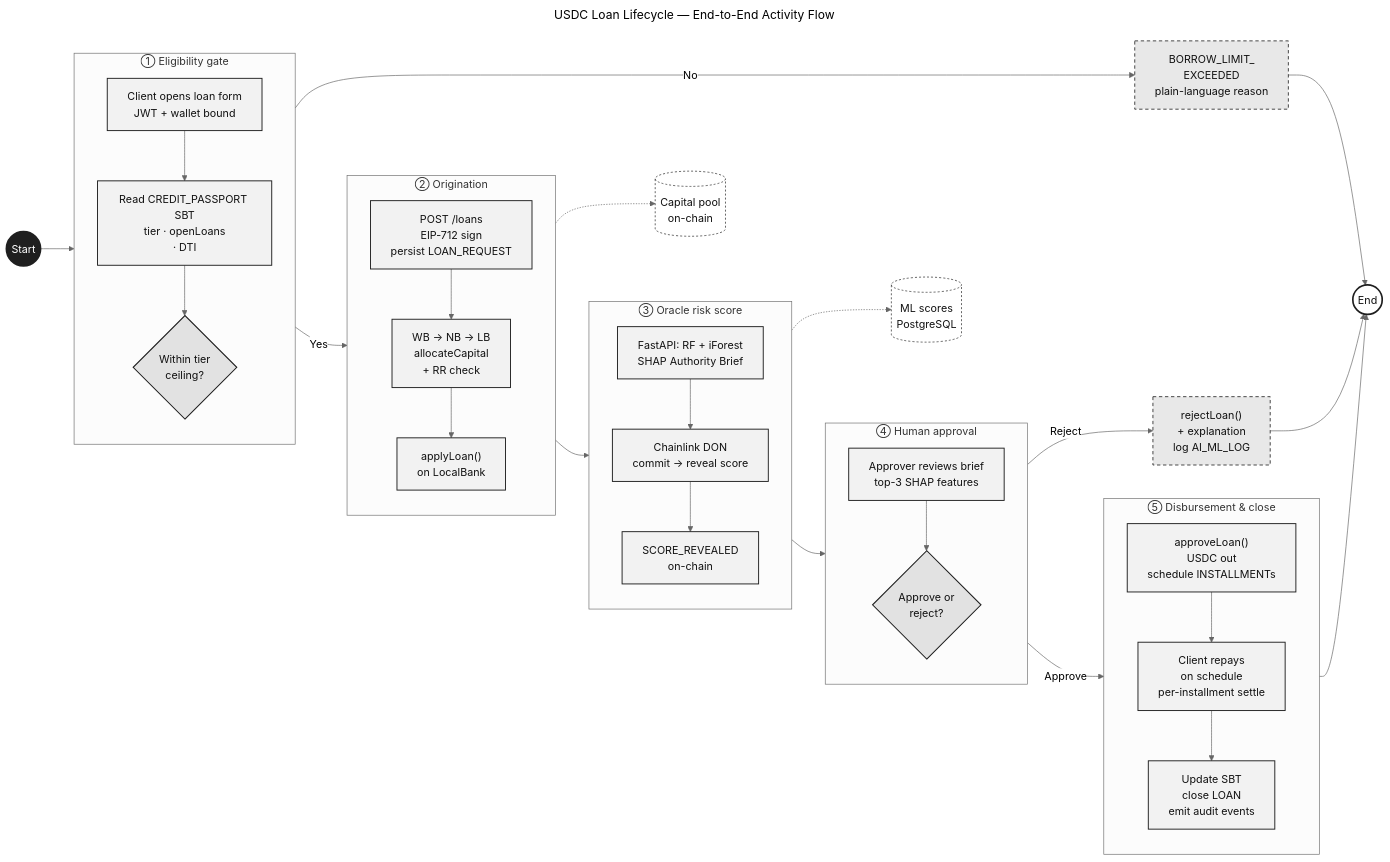
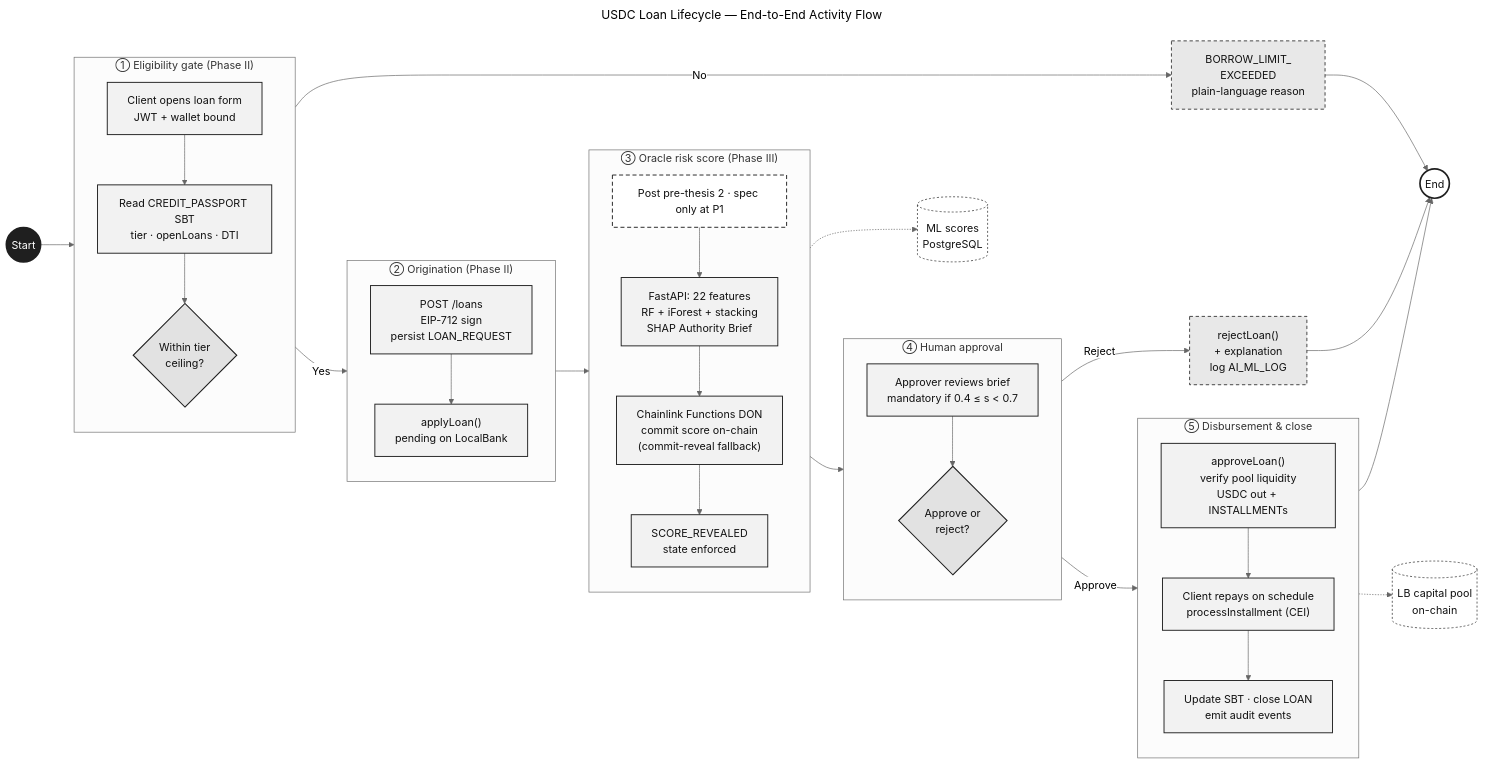
One commit to Yuvraajrahman/Cryto-World-Bank changed the diagram in Documentation/Diagrams/mermaid-src/improved diagrams/fig-activity-lending.mmd. Above: the diagram before and after it, drawn with Mermaid (neutral theme). The commit also changed 214 other files, not shown here.

Commit message:
diagram updated

```diff
--- a/Documentation/Diagrams/mermaid-src/improved diagrams/fig-activity-lending.mmd
+++ b/Documentation/Diagrams/mermaid-src/improved diagrams/fig-activity-lending.mmd
@@ -1,63 +1,64 @@
 ---
 title: USDC Loan Lifecycle — End-to-End Activity Flow
 ---
 flowchart LR
     classDef start  fill:#1F1F1F,color:#FFFFFF,stroke:#1F1F1F,stroke-width:2.5px
     classDef finish fill:#FFFFFF,color:#111111,stroke:#1F1F1F,stroke-width:2.5px
     classDef phase  fill:#FAFAFA,stroke:#1F1F1F,stroke-width:1.6px,color:#111111
     classDef act    fill:#F2F2F2,stroke:#1F1F1F,stroke-width:1.4px,color:#111111
     classDef dec    fill:#E2E2E2,stroke:#1F1F1F,stroke-width:1.6px,color:#111111
     classDef exit   fill:#E8E8E8,stroke:#1F1F1F,stroke-width:1.2px,color:#111111,stroke-dasharray:5 4
     classDef store  fill:#FFFFFF,stroke:#1F1F1F,stroke-width:1px,color:#111111,stroke-dasharray:3 3
+    classDef ph3    fill:#FFFFFF,stroke:#1F1F1F,stroke-width:1.4px,color:#111111,stroke-dasharray:6 4
 
     S(("Start")):::start
 
-    subgraph P1[" ① Eligibility gate "]
+    subgraph P1[" ① Eligibility gate (Phase II) "]
         direction TB
         P1A["Client opens loan form<br/>JWT + wallet bound"]:::act
-        P1B["Read CREDIT_PASSPORT SBT<br/>tier · openLoans<br/>· DTI"]:::act
+        P1B["Read CREDIT_PASSPORT SBT<br/>tier · openLoans · DTI"]:::act
         P1C{Within tier<br/>ceiling?}:::dec
         P1A --> P1B --> P1C
     end
 
-    subgraph P2[" ② Origination "]
+    subgraph P2[" ② Origination (Phase II) "]
         direction TB
         P2A["POST /loans<br/>EIP-712 sign<br/>persist LOAN_REQUEST"]:::act
-        P2B["WB → NB → LB<br/>allocateCapital<br/>+ RR check"]:::act
-        P2C["applyLoan()<br/>on LocalBank"]:::act
-        P2A --> P2B --> P2C
+        P2B["applyLoan()<br/>pending on LocalBank"]:::act
+        P2A --> P2B
     end
 
-    subgraph P3[" ③ Oracle risk score "]
+    subgraph P3[" ③ Oracle risk score (Phase III) "]
         direction TB
-        P3A["FastAPI: RF + iForest<br/>SHAP Authority Brief"]:::act
-        P3B["Chainlink DON<br/>commit → reveal score"]:::act
-        P3C["SCORE_REVEALED<br/>on-chain"]:::act
-        P3A --> P3B --> P3C
+        P3N["Post pre-thesis 2 · spec only at P1"]:::ph3
+        P3A["FastAPI: 22 features<br/>RF + iForest + stacking<br/>SHAP Authority Brief"]:::act
+        P3B["Chainlink Functions DON<br/>commit score on-chain<br/>(commit-reveal fallback)"]:::act
+        P3C["SCORE_REVEALED<br/>state enforced"]:::act
+        P3N --> P3A --> P3B --> P3C
     end
 
     subgraph P4[" ④ Human approval "]
         direction TB
-        P4A["Approver reviews brief<br/>top-3 SHAP features"]:::act
+        P4A["Approver reviews brief<br/>mandatory if 0.4 ≤ s &lt; 0.7"]:::act
         P4B{Approve or<br/>reject?}:::dec
         P4A --> P4B
     end
 
     subgraph P5[" ⑤ Disbursement & close "]
         direction TB
-        P5A["approveLoan()<br/>USDC out<br/>schedule INSTALLMENTs"]:::act
-        P5B["Client repays<br/>on schedule<br/>per-installment settle"]:::act
-        P5C["Update SBT<br/>close LOAN<br/>emit audit events"]:::act
+        P5A["approveLoan()<br/>verify pool liquidity<br/>USDC out + INSTALLMENTs"]:::act
+        P5B["Client repays on schedule<br/>processInstallment (CEI)"]:::act
+        P5C["Update SBT · close LOAN<br/>emit audit events"]:::act
         P5A --> P5B --> P5C
     end
 
     E(("End")):::finish
 
     S --> P1
     P1C -- "No" --> X1["BORROW_LIMIT_<br/>EXCEEDED<br/>plain-language reason"]:::exit --> E
     P1C -- "Yes" --> P2 --> P3 --> P4
     P4B -- "Reject" --> X2["rejectLoan()<br/>+ explanation<br/>log AI_ML_LOG"]:::exit --> E
     P4B -- "Approve" --> P5 --> E
 
-    P2B -.-> D1[("Capital pool<br/>on-chain")]:::store
+    P5A -.-> D1[("LB capital pool<br/>on-chain")]:::store
     P3A -.-> D2[("ML scores<br/>PostgreSQL")]:::store
```
